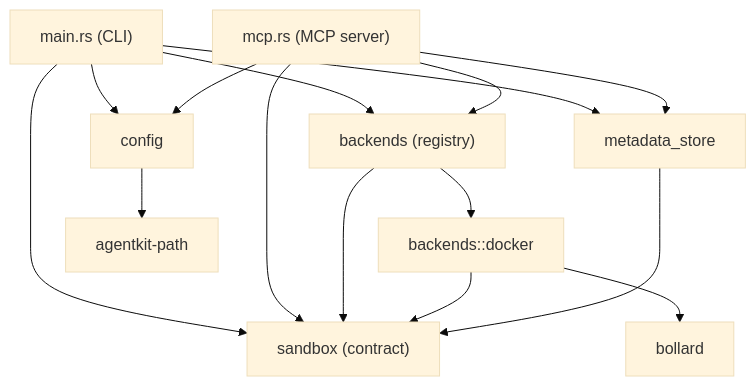
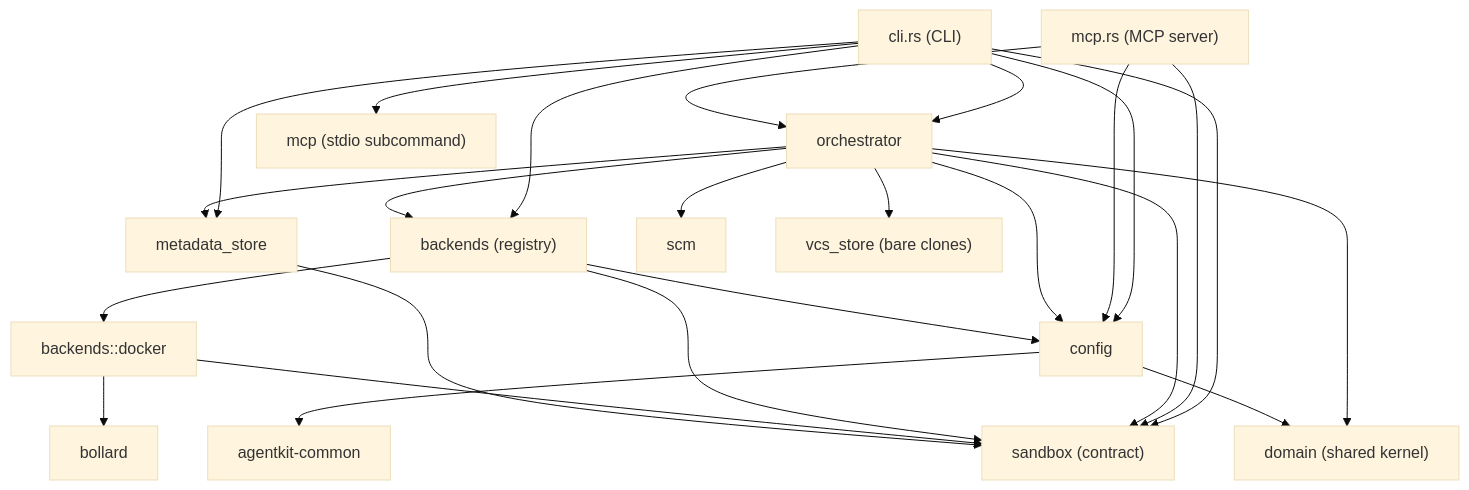
The diagram in adrs/2026-11-03-sandbox-provider-contract/architecture.mmd (throwparty/agentkit), drawn with Mermaid (base theme) before and after one commit. The commit also changed 6 other files, not shown here.

Commit message:
2026-11-03-sandbox-provider-contract: move branch pairing out of backends

```diff
--- a/adrs/2026-11-03-sandbox-provider-contract/architecture.mmd
+++ b/adrs/2026-11-03-sandbox-provider-contract/architecture.mmd
@@ -1,18 +1,29 @@
 flowchart TD
-    CLI["main.rs (CLI)"] --> CONTRACT["sandbox (contract)"]
+    CLI["cli.rs (CLI)"] --> CONTRACT["sandbox (contract)"]
+    CLI --> SANDBOXES["orchestrator"]
+    CLI --> CONFIG["config"]
     CLI --> REGISTRY["backends (registry)"]
     CLI --> PERSIST["metadata_store"]
-    CLI --> CONFIG["config"]
+    CLI --> MCP_SURFACE["mcp (stdio subcommand)"]
 
     MCP["mcp.rs (MCP server)"] --> CONTRACT
-    MCP --> REGISTRY
-    MCP --> PERSIST
+    MCP --> SANDBOXES
     MCP --> CONFIG
 
+    SANDBOXES --> CONTRACT
+    SANDBOXES --> REGISTRY
+    SANDBOXES --> PERSIST
+    SANDBOXES --> SCM["scm"]
+    SANDBOXES --> CONFIG
+    SANDBOXES --> SHARED["domain (shared kernel)"]
+    SANDBOXES --> VCS["vcs_store (bare clones)"]
+
     REGISTRY --> CONTRACT
+    REGISTRY --> CONFIG
     REGISTRY --> DOCKER["backends::docker"]
     DOCKER --> CONTRACT
     PERSIST --> CONTRACT
 
-    CONFIG --> APPATH["agentkit-path"]
+    CONFIG --> APPATH["agentkit-common"]
+    CONFIG --> SHARED
     DOCKER --> BOLLARD["bollard"]
```
